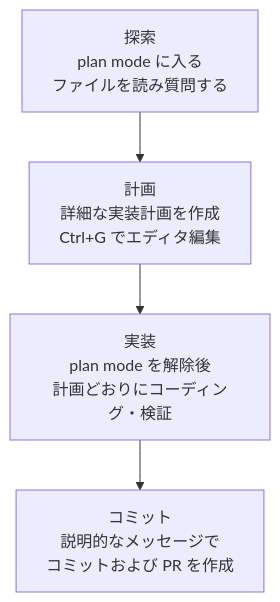
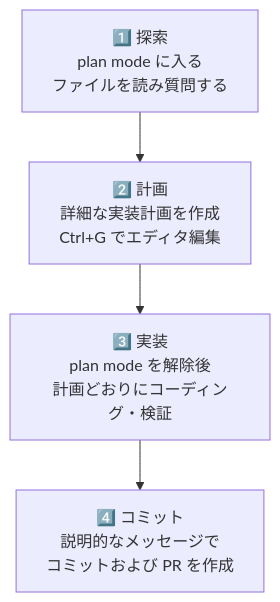
The diagram in docs-site/content/ja/claude-code/agentic/best-practices.md (modu-ai/moai-adk), drawn with Mermaid before and after one commit. The commit also changed other lines of this file and 3 other files, not shown here.

````diff
--- a/docs-site/content/ja/claude-code/agentic/best-practices.md
+++ b/docs-site/content/ja/claude-code/agentic/best-practices.md
@@ -44,6 +38,6 @@
 ```mermaid
 flowchart TD
-    A[探索<br/>plan mode に入る<br/>ファイルを読み質問する] --> B[計画<br/>詳細な実装計画を作成<br/>Ctrl+G でエディタ編集]
-    B --> C[実装<br/>plan mode を解除後<br/>計画どおりにコーディング・検証]
-    C --> D[コミット<br/>説明的なメッセージで<br/>コミットおよび PR を作成]
+    A["1️⃣ 探索<br/>plan mode に入る<br/>ファイルを読み質問する"] --> B["2️⃣ 計画<br/>詳細な実装計画を作成<br/>Ctrl+G でエディタ編集"]
+    B --> C["3️⃣ 実装<br/>plan mode を解除後<br/>計画どおりにコーディング・検証"]
+    C --> D["4️⃣ コミット<br/>説明的なメッセージで<br/>コミットおよび PR を作成"]
 ```
````
